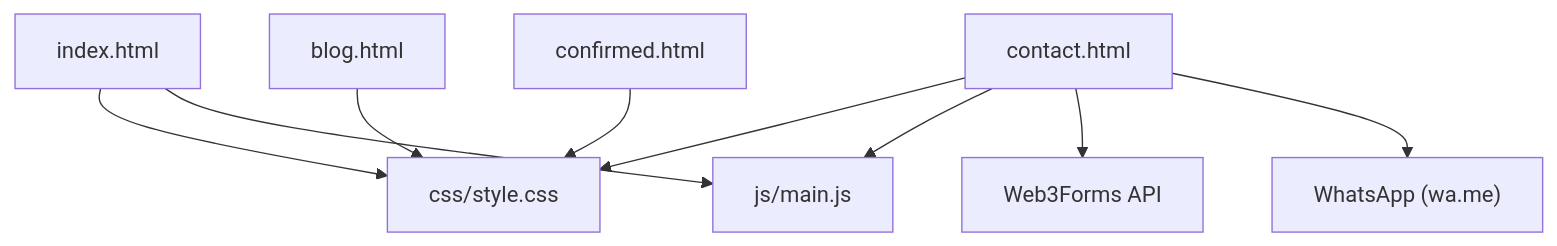
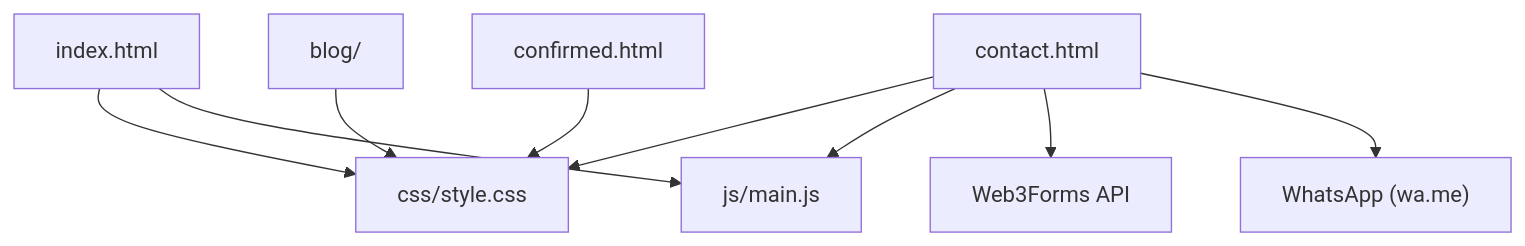
The eighth of 8 diagrams in .qoder/repowiki/en/content/Project Overview/Marketing Approach & Conversion Strategy.md (lynchip/graduates), drawn with Mermaid before and after one commit. The commit also changed other lines of this file and 12 other files, not shown here.

````diff
--- a/.qoder/repowiki/en/content/Project Overview/Marketing Approach & Conversion Strategy.md
+++ b/.qoder/repowiki/en/content/Project Overview/Marketing Approach & Conversion Strategy.md
@@ -335,11 +369,11 @@
 ```mermaid
 graph TB
 Index["index.html"] --> Style["css/style.css"]
 Index --> Script["js/main.js"]
 Contact["contact.html"] --> Style
 Contact --> Script
 Contact --> Web3["Web3Forms API"]
 Contact --> WA["WhatsApp (wa.me)"]
-Blog["blog.html"] --> Style
+Blog["blog/"] --> Style
 Confirmed["confirmed.html"] --> Style
 ```
````
